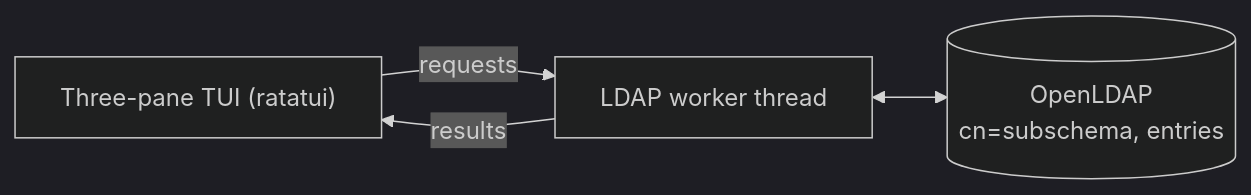
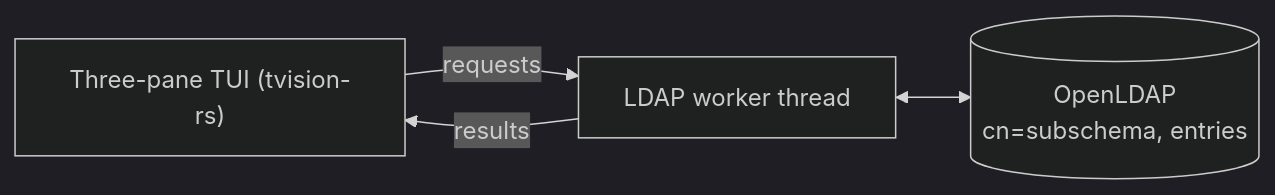
One commit to oposs/edaptor changed the diagram in docs/src/concepts/architecture.md. Above: the diagram before and after it, drawn with Mermaid (dark theme). The commit also changed other lines of this file and 7 other files, not shown here.

````diff
--- a/docs/src/concepts/architecture.md
+++ b/docs/src/concepts/architecture.md
@@ -34,6 +34,6 @@
 ```mermaid
 flowchart LR
-    UI["Three-pane TUI (ratatui)"] -- requests --> W["LDAP worker thread"]
+    UI["Three-pane TUI (tvision-rs)"] -- requests --> W["LDAP worker thread"]
     W -- results --> UI
     W <--> S[("OpenLDAP<br/>cn=subschema, entries")]
 ```
````
